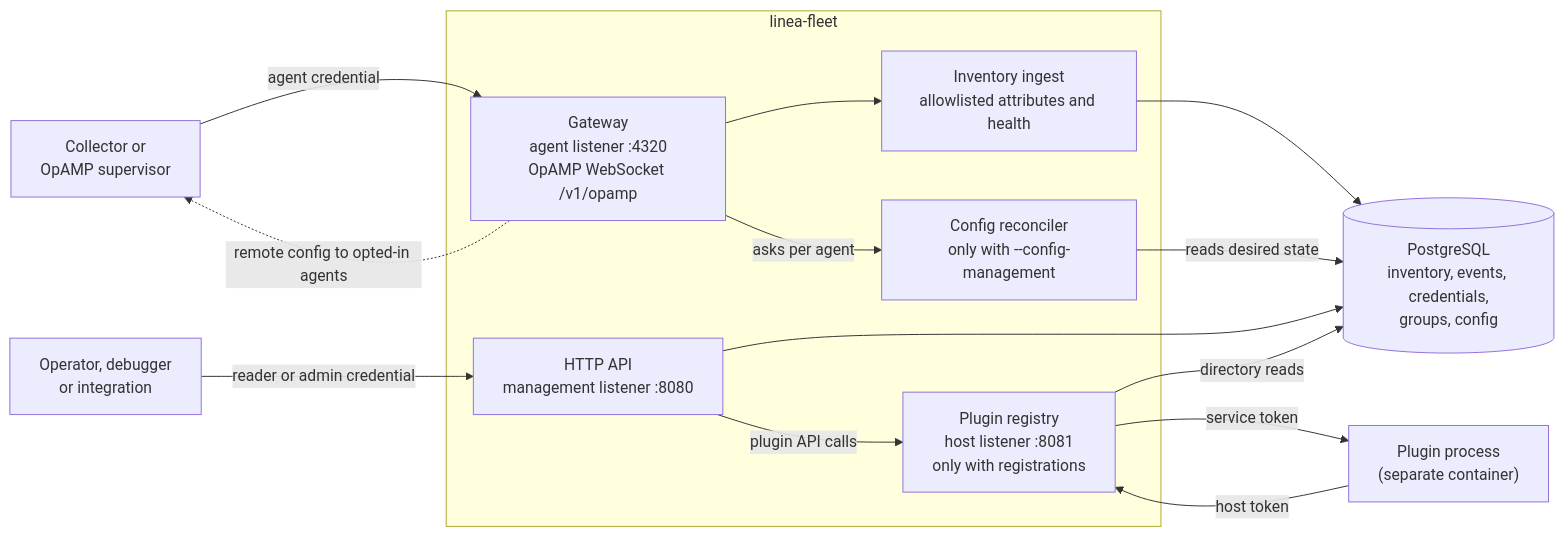
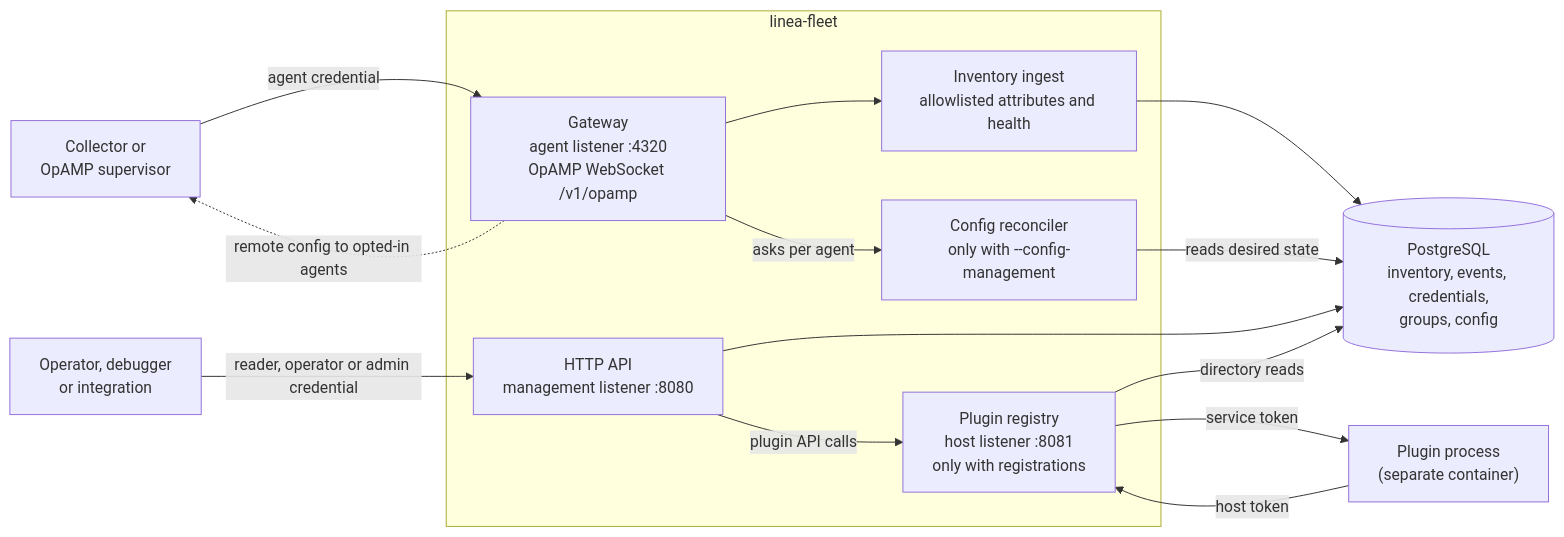
The diagram in docs/fleet/README.md (lineahq/linea), drawn with Mermaid before and after one commit. The commit also changed other lines of this file and 52 other files, not shown here.

````diff
--- a/docs/fleet/README.md
+++ b/docs/fleet/README.md
@@ -29,25 +29,25 @@
 ```mermaid
 flowchart LR
   agent["Collector or<br/>OpAMP supervisor"]
   client["Operator, debugger<br/>or integration"]
   plugin["Plugin process<br/>(separate container)"]
   db[("PostgreSQL<br/>inventory, events, credentials,<br/>groups, config")]
   subgraph fleet["linea-fleet"]
     gw["Gateway<br/>agent listener :4320<br/>OpAMP WebSocket /v1/opamp"]
     ingest["Inventory ingest<br/>allowlisted attributes and health"]
     api["HTTP API<br/>management listener :8080"]
     cm["Config reconciler<br/>only with --config-management"]
     host["Plugin registry<br/>host listener :8081<br/>only with registrations"]
   end
   agent -->|"agent credential"| gw
   gw --> ingest --> db
   gw -.->|"remote config to opted-in agents"| agent
   gw -->|"asks per agent"| cm
   cm -->|"reads desired state"| db
-  client -->|"reader or admin credential"| api
+  client -->|"reader, operator or admin credential"| api
   api --> db
   api -->|"plugin API calls"| host
   host -->|"service token"| plugin
   plugin -->|"host token"| host
   host -->|"directory reads"| db
 ```
````
